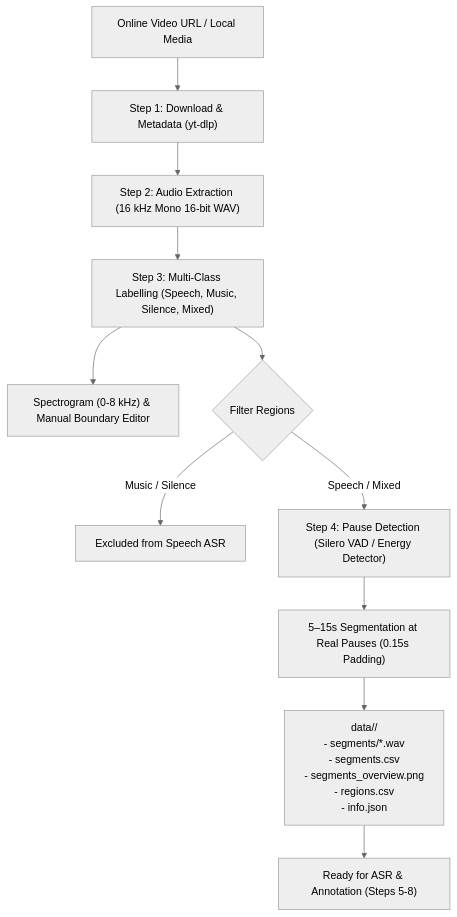
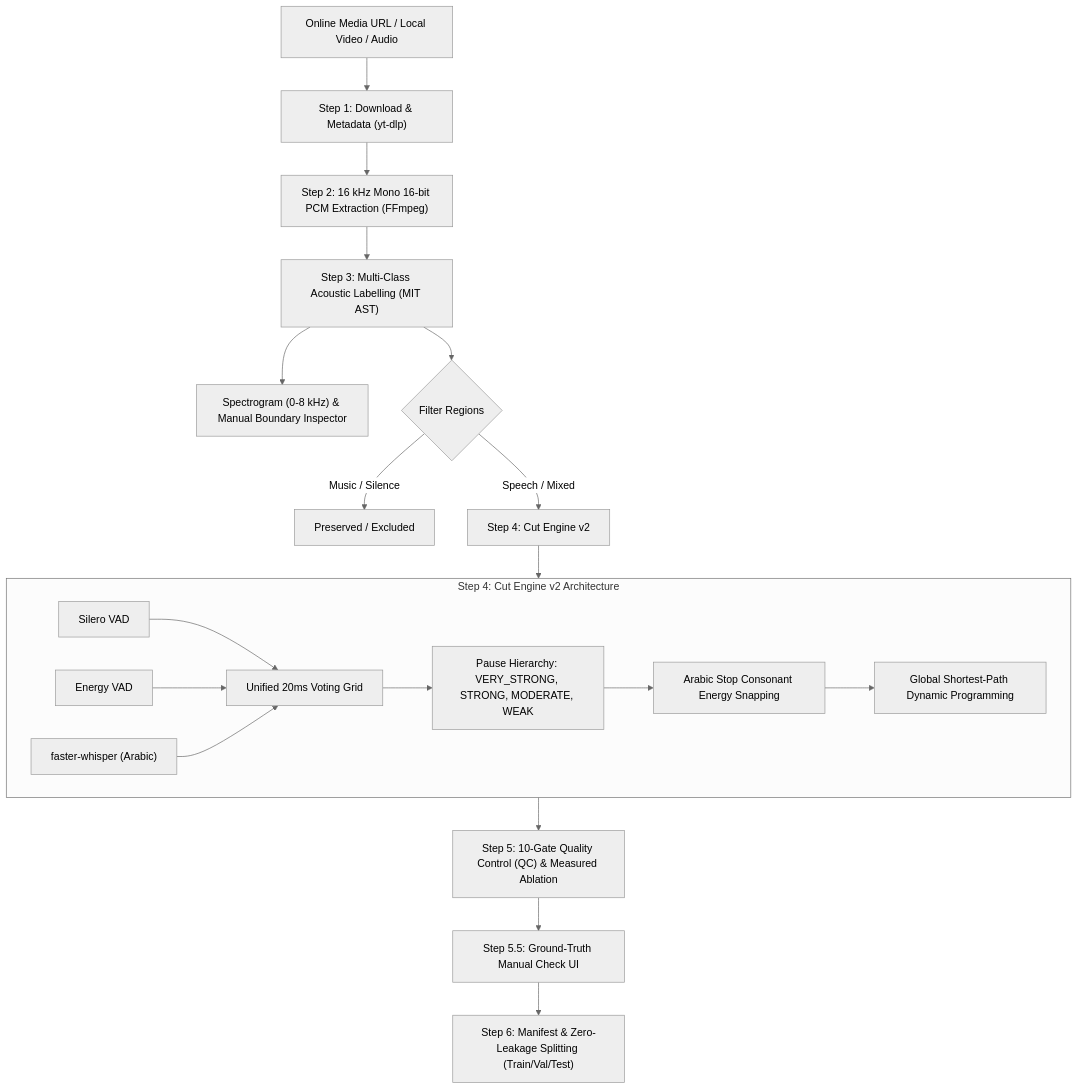
One commit to CaptainLevi04/Audio-Datasets-Creation-System changed the diagram in README.md. Above: the diagram before and after it, drawn with Mermaid (neutral theme). The commit also changed other lines of this file and 24 other files, not shown here.

````diff
--- a/README.md
+++ b/README.md
@@ -24,13 +33,22 @@
 ```mermaid
 flowchart TD
-    In["Online Video URL / Local Media"] --> S1["Step 1: Download & Metadata (yt-dlp)"]
-    S1 --> S2["Step 2: Audio Extraction (16 kHz Mono 16-bit WAV)"]
-    S2 --> S3["Step 3: Multi-Class Labelling (Speech, Music, Silence, Mixed)"]
-    S3 --> Spec["Spectrogram (0-8 kHz) & Manual Boundary Editor"]
+    In["Online Media URL / Local Video / Audio"] --> S1["Step 1: Download & Metadata (yt-dlp)"]
+    S1 --> S2["Step 2: 16 kHz Mono 16-bit PCM Extraction (FFmpeg)"]
+    S2 --> S3["Step 3: Multi-Class Acoustic Labelling (MIT AST)"]
+    S3 --> Spec["Spectrogram (0-8 kHz) & Manual Boundary Inspector"]
     S3 --> Filter{"Filter Regions"}
-    Filter -->|"Music / Silence"| Drop["Excluded from Speech ASR"]
-    Filter -->|"Speech / Mixed"| S4["Step 4: Pause Detection (Silero VAD / Energy Detector)"]
-    S4 --> Cut["5–15s Segmentation at Real Pauses (0.15s Padding)"]
-    Cut --> Out["data/<video_id>/<br/>- segments/*.wav<br/>- segments.csv<br/>- segments_overview.png<br/>- regions.csv<br/>- info.json"]
-    Out --> Handoff["Ready for ASR & Annotation (Steps 5-8)"]
+    Filter -->|"Music / Silence"| Whole["Preserved / Excluded"]
+    Filter -->|"Speech / Mixed"| S4["Step 4: Cut Engine v2"]
+    
+    subgraph CutEngine ["Step 4: Cut Engine v2 Architecture"]
+        VAD1["Silero VAD"] & VAD2["Energy VAD"] & VAD3["faster-whisper (Arabic)"] --> Grid["Unified 20ms Voting Grid"]
+        Grid --> Pauses["Pause Hierarchy: VERY_STRONG, STRONG, MODERATE, WEAK"]
+        Pauses --> Stops["Arabic Stop Consonant Energy Snapping"]
+        Stops --> DP["Global Shortest-Path Dynamic Programming"]
+    end
+    
+    S4 --> CutEngine
+    CutEngine --> QC["Step 5: 10-Gate Quality Control (QC) & Measured Ablation"]
+    QC --> Rev["Step 5.5: Ground-Truth Manual Check UI"]
+    Rev --> S6["Step 6: Manifest & Zero-Leakage Splitting (Train/Val/Test)"]
 ```
````
